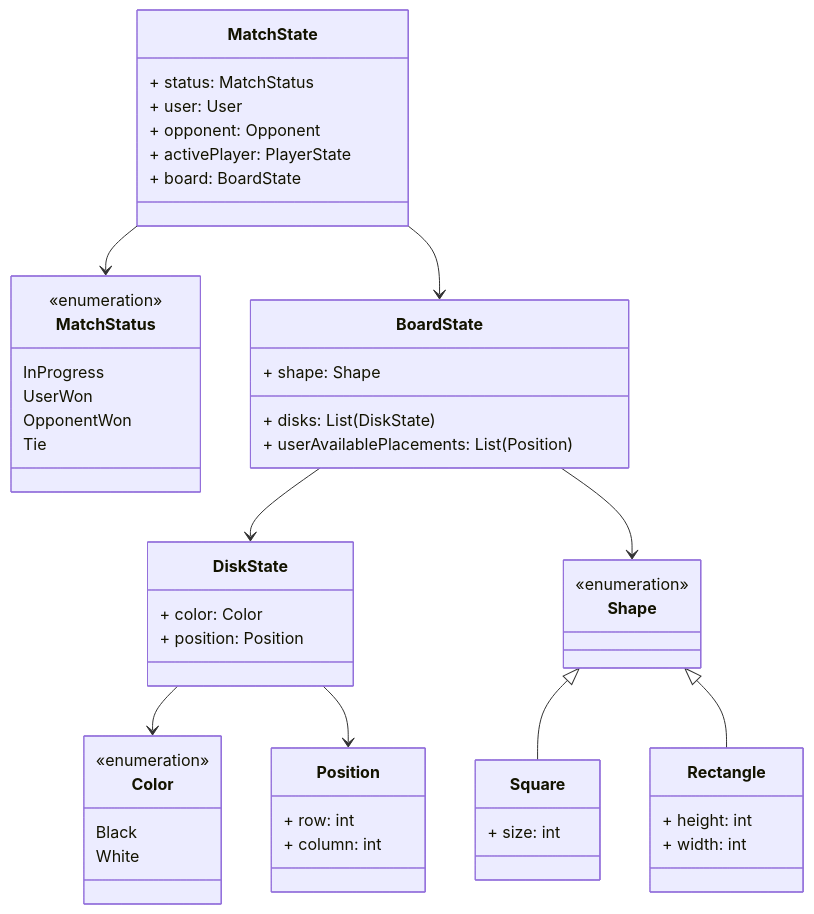
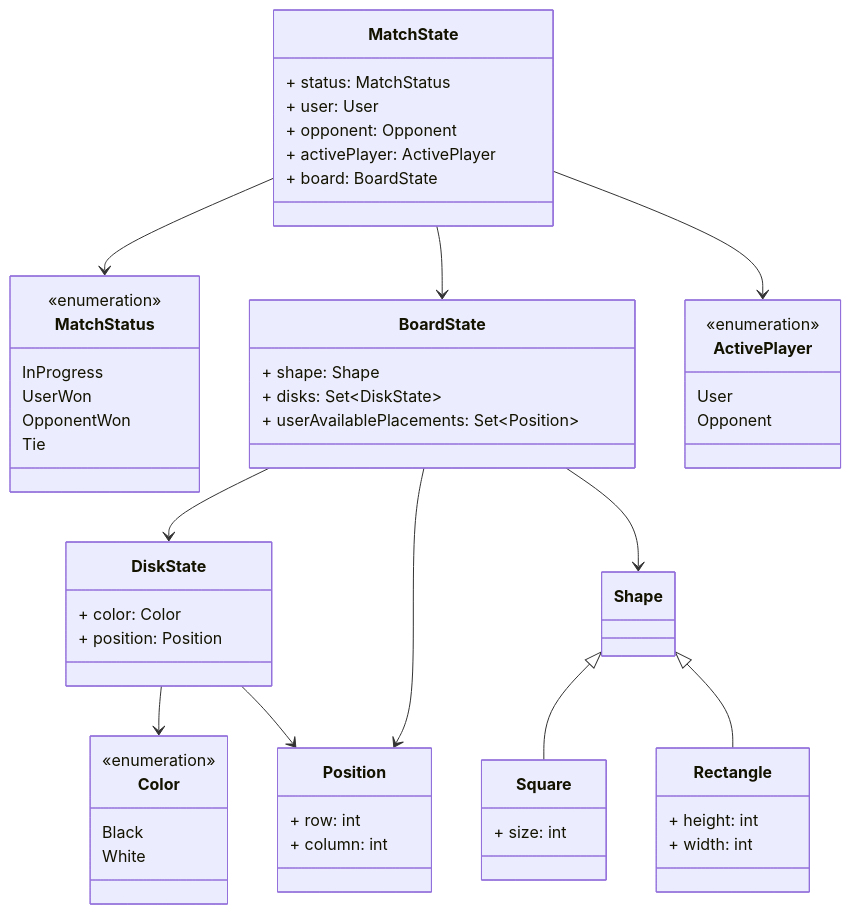
Before and after one commit to Borgotto/PPS-25-scalatello: the second of 13 diagrams in docs/report/4-detailed-design.md, drawn with Mermaid. The commit also changed other lines of this file and 1 other file, not shown here.

Commit message:
update detailed design section, add minor change in architectural design section

````diff
--- a/docs/report/4-detailed-design.md
+++ b/docs/report/4-detailed-design.md
@@ -5,54 +69,59 @@
 ```mermaid
 classDiagram
     class MatchState {
       + status: MatchStatus
       + user: User
       + opponent: Opponent
-      + activePlayer: PlayerState
+      + activePlayer: ActivePlayer
       + board: BoardState
     }
     class MatchStatus {
       <<enumeration>>
       InProgress
       UserWon
       OpponentWon
       Tie
     }
     class BoardState {
       + shape: Shape
-      + disks: List(DiskState)
-      + userAvailablePlacements: List(Position)
+      + disks: Set~DiskState~
+      + userAvailablePlacements: Set~Position~
     }
-    class Shape {
-      <<enumeration>>
-    }
+    class Shape
     class Square {
       + size: int
     }
     class Rectangle {
       + height: int
       + width: int
     }
     class DiskState {
       + color: Color
       + position: Position
     }
     class Color {
       <<enumeration>>
       Black
       White
     }
     class Position {
       + row: int
       + column: int
     }
+    class ActivePlayer {
+      <<enumeration>>
+      User
+      Opponent
+    }
 
     MatchState --> BoardState
     MatchState --> MatchStatus
     BoardState --> DiskState
     Shape <|-- Square
     Shape <|-- Rectangle
     BoardState --> Shape
     DiskState --> Color
     DiskState --> Position
+    BoardState --> Position
+    MatchState --> ActivePlayer
 ```
````
